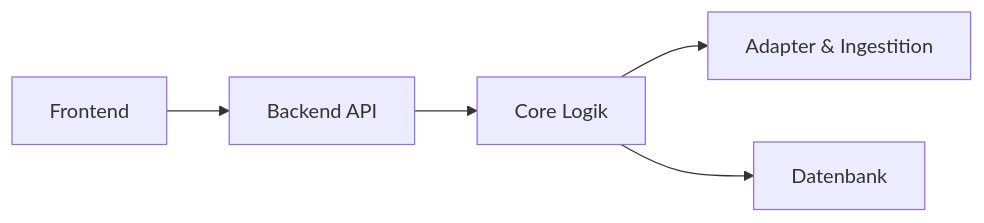
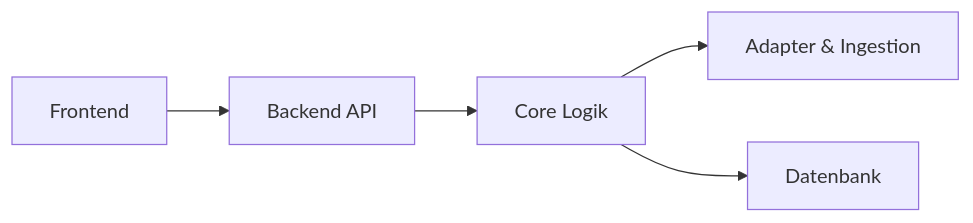
One commit to Max-imalgutaussehend/LONGEVITY changed the diagram in NonKIDoku/Architektur.md. Above: the diagram before and after it, drawn with Mermaid. The commit also changed other lines of this file and 2 other files, not shown here.

````diff
--- a/NonKIDoku/Architektur.md
+++ b/NonKIDoku/Architektur.md
@@ -10,13 +10,13 @@
 ```mermaid
 flowchart LR
     f[Frontend]
     api[Backend API]
     core[Core Logik]
-    adap[Adapter & Ingestition]
+    adap[Adapter & Ingestion]
     db[Datenbank]
 
     f-->api
     api-->core
     core-->adap
     core-->db
 ```
````
